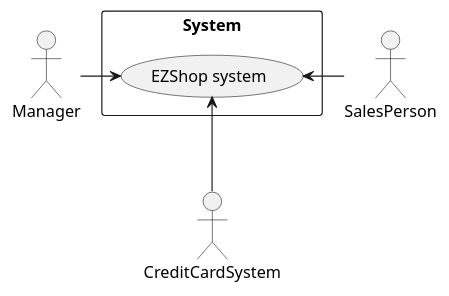
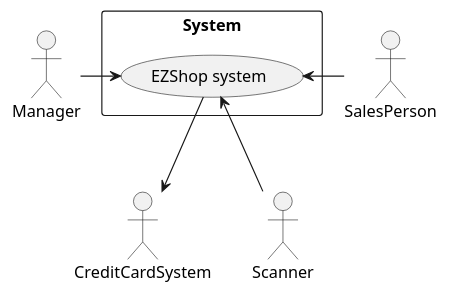
Before and after one commit to zitabou/EZShop: the first of 5 diagrams in Deliverables/RequirementsDocument.md, drawn with PlantUML. The commit also changed other lines of this file, not shown here.

Commit message:
Update RequirementsDocument.md (FR, diagrams)

````diff
--- a/Deliverables/RequirementsDocument.md
+++ b/Deliverables/RequirementsDocument.md
@@ -56,18 +56,14 @@
 ```plantuml
 @startuml
-
-top to bottom direction
-actor Manager as m
-actor SalesPerson as sp
-actor CreditCardSystem as ccs
 
 rectangle System{
 	usecase "EZShop system" as EZ
 }
 
-m->EZ
-sp->EZ
-ccs-up->EZ
+Manager->EZ
+SalesPerson->EZ
+CreditCardSystem <-up-EZ
+Scanner -up-> EZ
 
 @enduml
 ```
````
